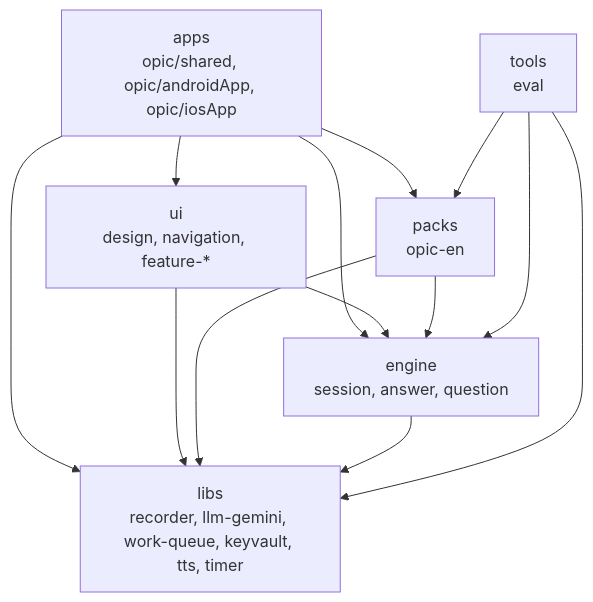
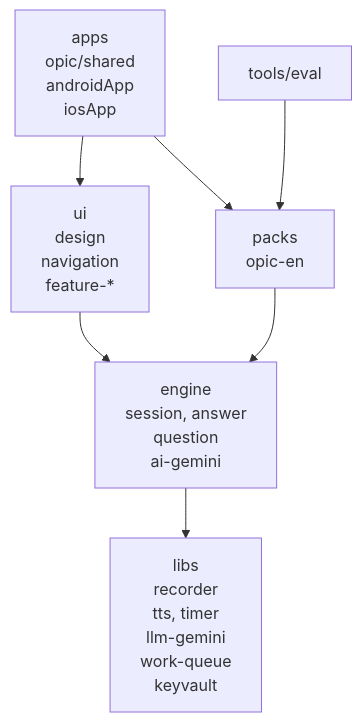
One commit to nosorae/AiOpicSelfStudy changed the fourth of 5 diagrams in README.md. Above: the diagram before and after it, drawn with Mermaid. The commit also changed other lines of this file and 5 other files, not shown here.

````diff
--- a/README.md
+++ b/README.md
@@ -11,22 +92,16 @@
 ```mermaid
 flowchart TD
-    apps["apps<br/>opic/shared, opic/androidApp, opic/iosApp"]
-    ui["ui<br/>design, navigation, feature-*"]
+    apps["apps<br/>opic/shared<br/>androidApp<br/>iosApp"]
+    ui["ui<br/>design<br/>navigation<br/>feature-*"]
     packs["packs<br/>opic-en"]
-    engine["engine<br/>session, answer, question"]
-    libs["libs<br/>recorder, llm-gemini, work-queue, keyvault, tts, timer"]
-    tools["tools<br/>eval"]
+    engine["engine<br/>session, answer<br/>question<br/>ai-gemini"]
+    libs["libs<br/>recorder<br/>tts, timer<br/>llm-gemini<br/>work-queue<br/>keyvault"]
+    tools["tools/eval"]
 
     apps --> ui
     apps --> packs
-    apps --> engine
-    apps --> libs
+    tools --> packs
     ui --> engine
-    ui --> libs
     packs --> engine
-    packs --> libs
     engine --> libs
-    tools --> packs
-    tools --> engine
-    tools --> libs
 ```
````
